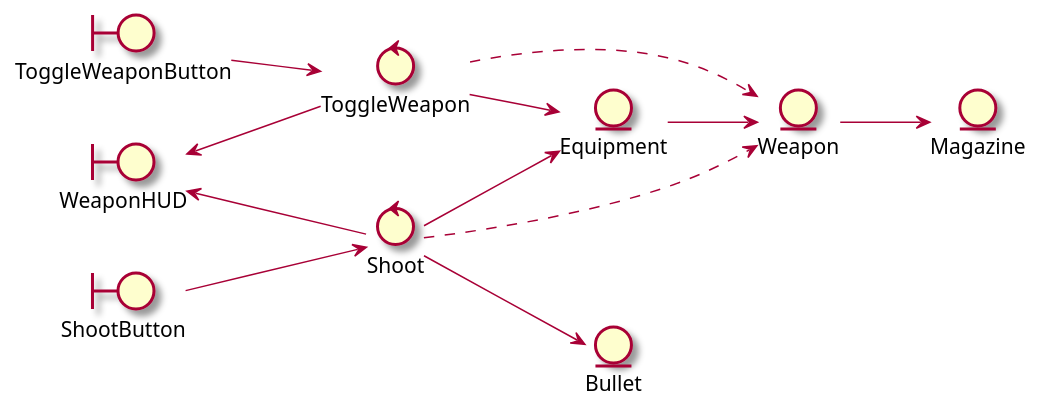
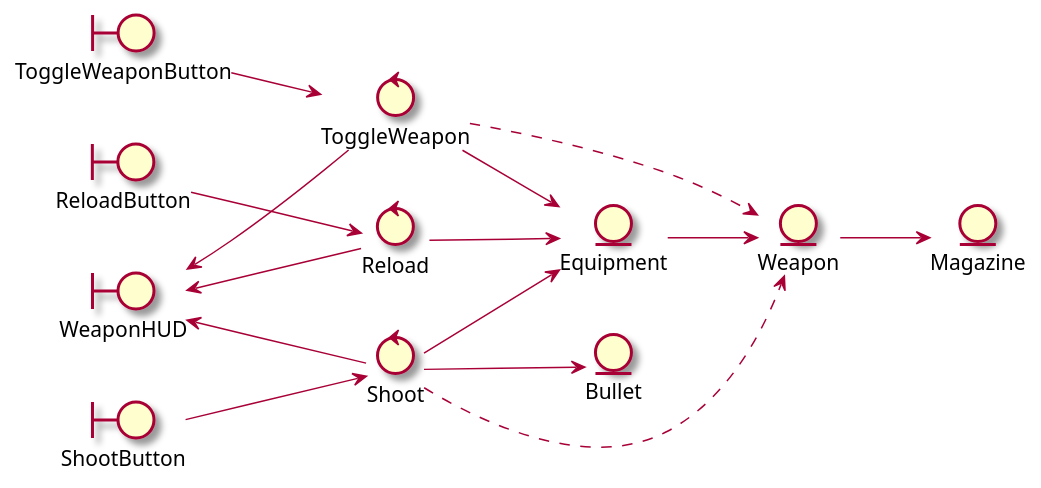
One commit to RicardoGuzmanVelasco/ArchitecturalCookieClicker changed the diagram in Assets/CoD/Docs~/Design.puml. Above: the diagram before and after it, drawn with PlantUML. The commit also changed 7 other files, not shown here.

```diff
--- a/Assets/CoD/Docs~/Design.puml
+++ b/Assets/CoD/Docs~/Design.puml
@@ -1,35 +1,41 @@
 @startuml
 skin rose
 left to right direction
 
 control ToggleWeapon
 control Shoot
+control Reload
 
 boundary WeaponHUD
 boundary ToggleWeaponButton
 boundary ShootButton
+boundary ReloadButton
 
 entity Weapon
 entity Magazine
 entity Equipment
 
 entity Bullet
 
 ShootButton --> Shoot
 
 Shoot --> Equipment
 Shoot --> Bullet
 Shoot ..> Weapon
 Shoot -u-> WeaponHUD
 
 ToggleWeapon -u-> WeaponHUD
 ToggleWeapon --> Equipment
 ToggleWeapon ..> Weapon
 
+Reload --> Equipment
+Reload -u-> WeaponHUD
+ReloadButton --> Reload
+
 Equipment --> Weapon
 
 ToggleWeaponButton --> ToggleWeapon
 
 Weapon --> Magazine
 
 @enduml
```
